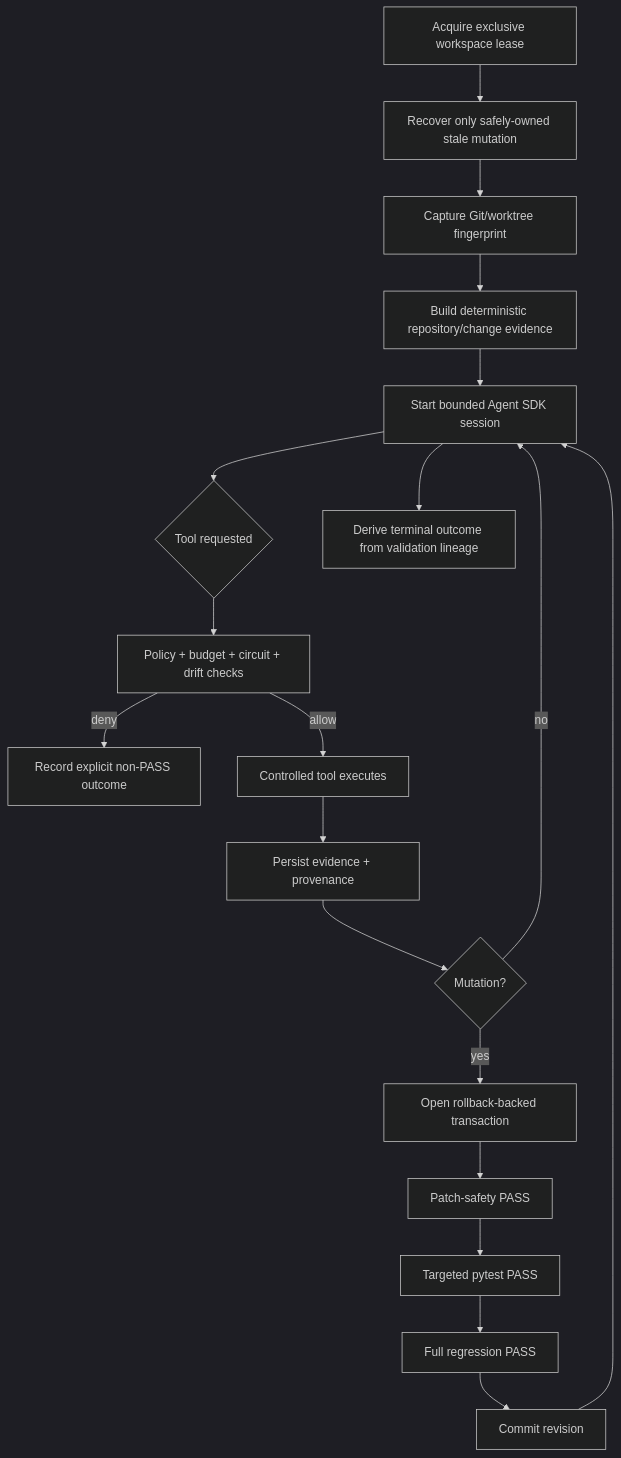
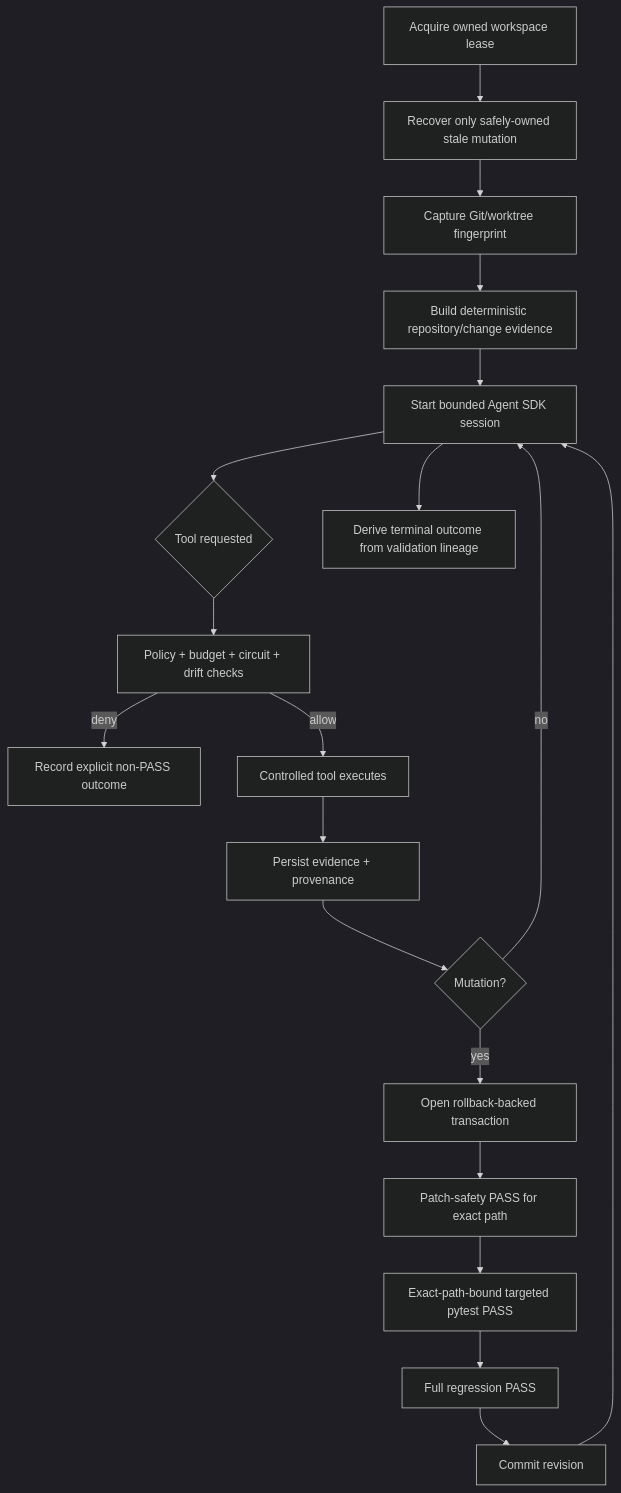
Before and after one commit to portyu9/ai-qa-automation: the second of 2 diagrams in README.md, drawn with Mermaid (dark theme). The commit also changed other lines of this file, not shown here.

````diff
--- a/README.md
+++ b/README.md
@@ -141,21 +161,21 @@
 ```mermaid
 flowchart TD
-    A[Acquire exclusive workspace lease] --> B[Recover only safely-owned stale mutation]
+    A[Acquire owned workspace lease] --> B[Recover only safely-owned stale mutation]
     B --> C[Capture Git/worktree fingerprint]
     C --> D[Build deterministic repository/change evidence]
     D --> E[Start bounded Agent SDK session]
     E --> F{Tool requested}
     F --> G[Policy + budget + circuit + drift checks]
     G -->|deny| H[Record explicit non-PASS outcome]
     G -->|allow| I[Controlled tool executes]
     I --> J[Persist evidence + provenance]
     J --> K{Mutation?}
     K -->|no| E
     K -->|yes| L[Open rollback-backed transaction]
-    L --> M[Patch-safety PASS]
-    M --> N[Targeted pytest PASS]
+    L --> M[Patch-safety PASS for exact path]
+    M --> N[Exact-path-bound targeted pytest PASS]
     N --> O[Full regression PASS]
     O --> P[Commit revision]
     P --> E
     E --> Q[Derive terminal outcome from validation lineage]
 ```
````
